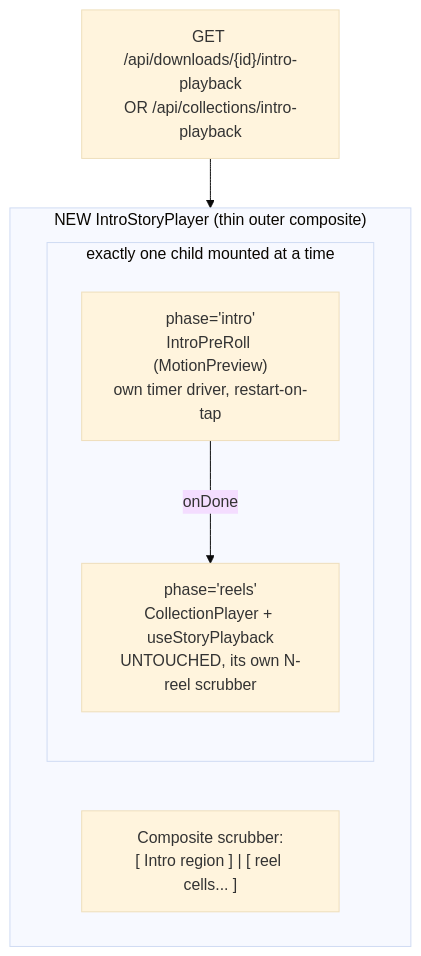
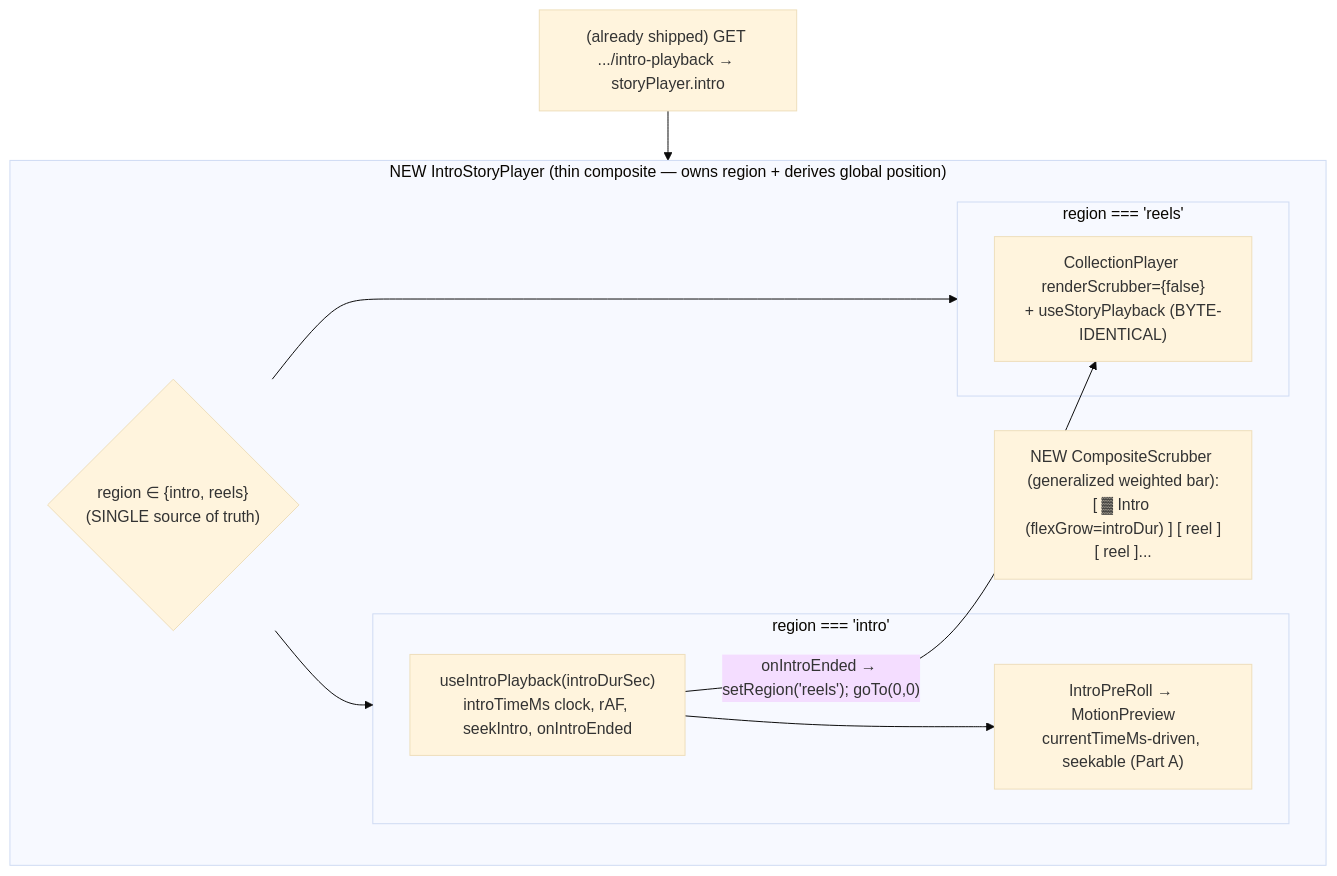
Before and after one commit to imankha/video-editor: the second of 2 diagrams in docs/plans/tasks/T6710-design.md, drawn with Mermaid (base theme). The commit also changed other lines of this file and 1 other file, not shown here.

First line of the commit message:
T6710: revise design after T6700-merge re-audit — extend shipped code, true-seek composite (b2)

````diff
--- a/docs/plans/tasks/T6710-design.md
+++ b/docs/plans/tasks/T6710-design.md
@@ -136,12 +133,19 @@
 ```mermaid
 flowchart TB
-  subgraph OUTER["NEW IntroStoryPlayer (thin outer composite)"]
-    SCR["Composite scrubber:<br/>[ Intro region ] | [ reel cells... ]"]
-    subgraph PHASE["exactly one child mounted at a time"]
-      IR["phase='intro'<br/>IntroPreRoll (MotionPreview)<br/>own timer driver, restart-on-tap"]
-      RS["phase='reels'<br/>CollectionPlayer + useStoryPlayback<br/>UNTOUCHED, its own N-reel scrubber"]
+  subgraph OUTER["NEW IntroStoryPlayer (thin composite — owns region + derives global position)"]
+    SCR["NEW CompositeScrubber (generalized weighted bar):<br/>[ ▓ Intro (flexGrow=introDur) ] [ reel ][ reel ]... "]
+    REGION{"region ∈ {intro, reels}<br/>(SINGLE source of truth)"}
+    subgraph INTRO["region === 'intro'"]
+      UIP["useIntroPlayback(introDurSec)<br/>introTimeMs clock, rAF, seekIntro, onIntroEnded"]
+      IPR["IntroPreRoll → MotionPreview<br/>currentTimeMs-driven, seekable (Part A)"]
     end
+    subgraph REELS["region === 'reels'"]
+      RS["CollectionPlayer renderScrubber={false}<br/>+ useStoryPlayback (BYTE-IDENTICAL)"]
+    end
+    REGION --> INTRO
+    REGION --> REELS
+    UIP --> IPR
   end
-  FETCH["GET /api/downloads/{id}/intro-playback<br/>OR /api/collections/intro-playback"] --> OUTER
-  IR -- onDone --> RS
+  FETCH["(already shipped) GET .../intro-playback → storyPlayer.intro"] --> OUTER
+  UIP -- "onIntroEnded → setRegion('reels'); goTo(0,0)" --> RS
 ```
````
